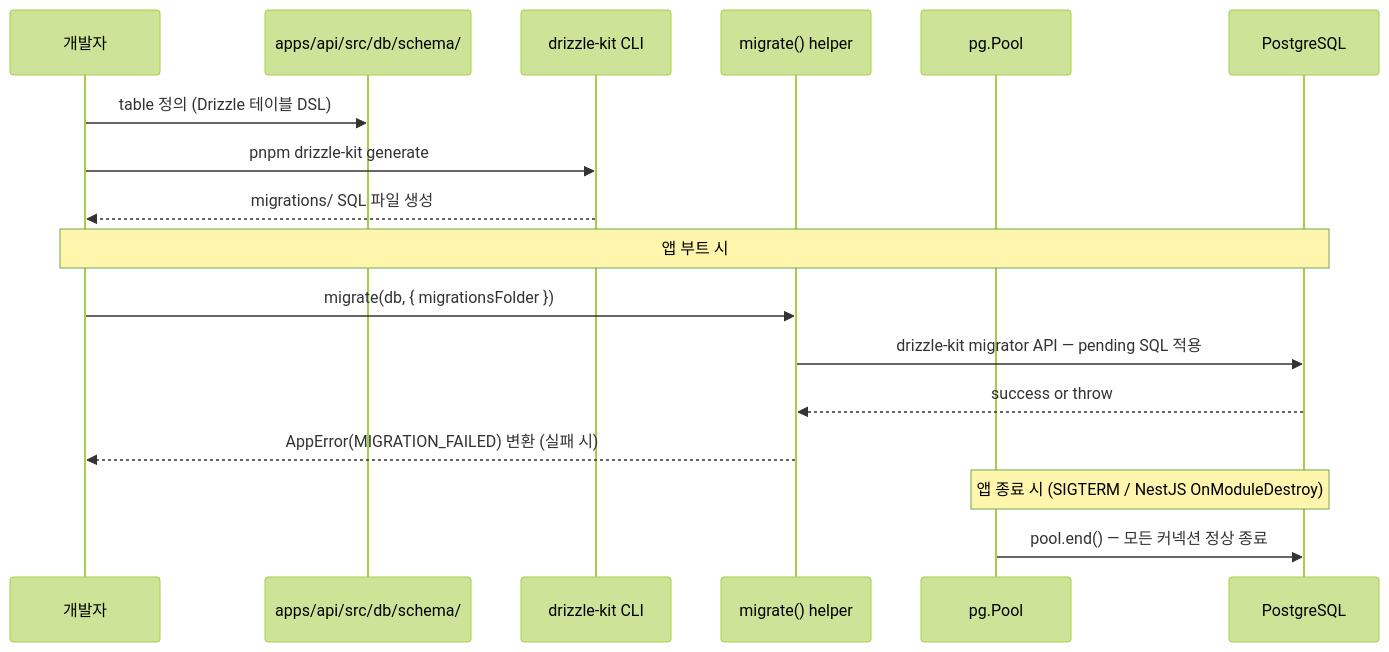
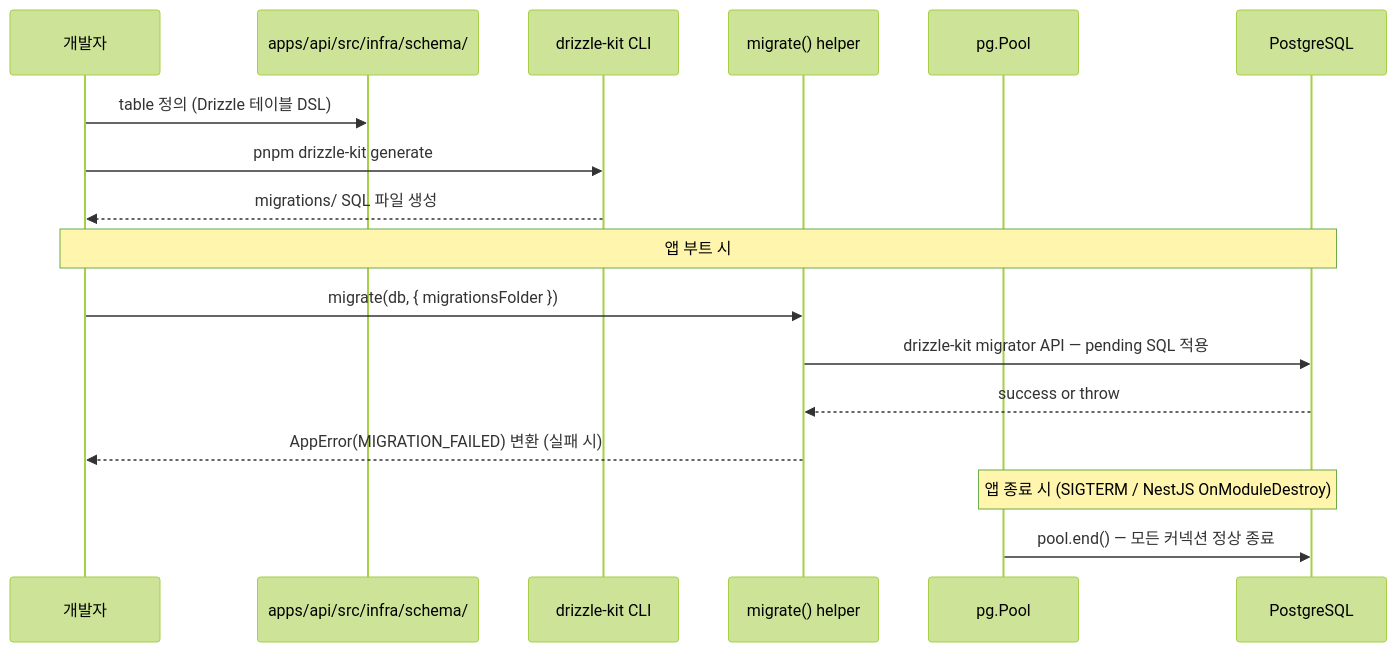
Before and after one commit to Changsik00/service-foundry: the diagram in docs/explainers/backend/drizzle-migrations-lifecycle.md, drawn with Mermaid (forest theme). The commit also changed other lines of this file and 1 other file, not shown here.

````diff
--- a/docs/explainers/backend/drizzle-migrations-lifecycle.md
+++ b/docs/explainers/backend/drizzle-migrations-lifecycle.md
@@ -18,22 +18,22 @@
 ```mermaid
 sequenceDiagram
     participant Dev as 개발자
-    participant Schema as apps/api/src/db/schema/
+    participant Schema as apps/api/src/infra/schema/
     participant Kit as drizzle-kit CLI
     participant Migrator as migrate() helper
     participant Pool as pg.Pool
     participant DB as PostgreSQL
 
     Dev->>Schema: table 정의 (Drizzle 테이블 DSL)
     Dev->>Kit: pnpm drizzle-kit generate
     Kit-->>Dev: migrations/ SQL 파일 생성
 
     note over Dev,DB: 앱 부트 시
     Dev->>Migrator: migrate(db, { migrationsFolder })
     Migrator->>DB: drizzle-kit migrator API — pending SQL 적용
     DB-->>Migrator: success or throw
     Migrator-->>Dev: AppError(MIGRATION_FAILED) 변환 (실패 시)
 
     note over Pool,DB: 앱 종료 시 (SIGTERM / NestJS OnModuleDestroy)
     Pool->>DB: pool.end() — 모든 커넥션 정상 종료
 ```
````
